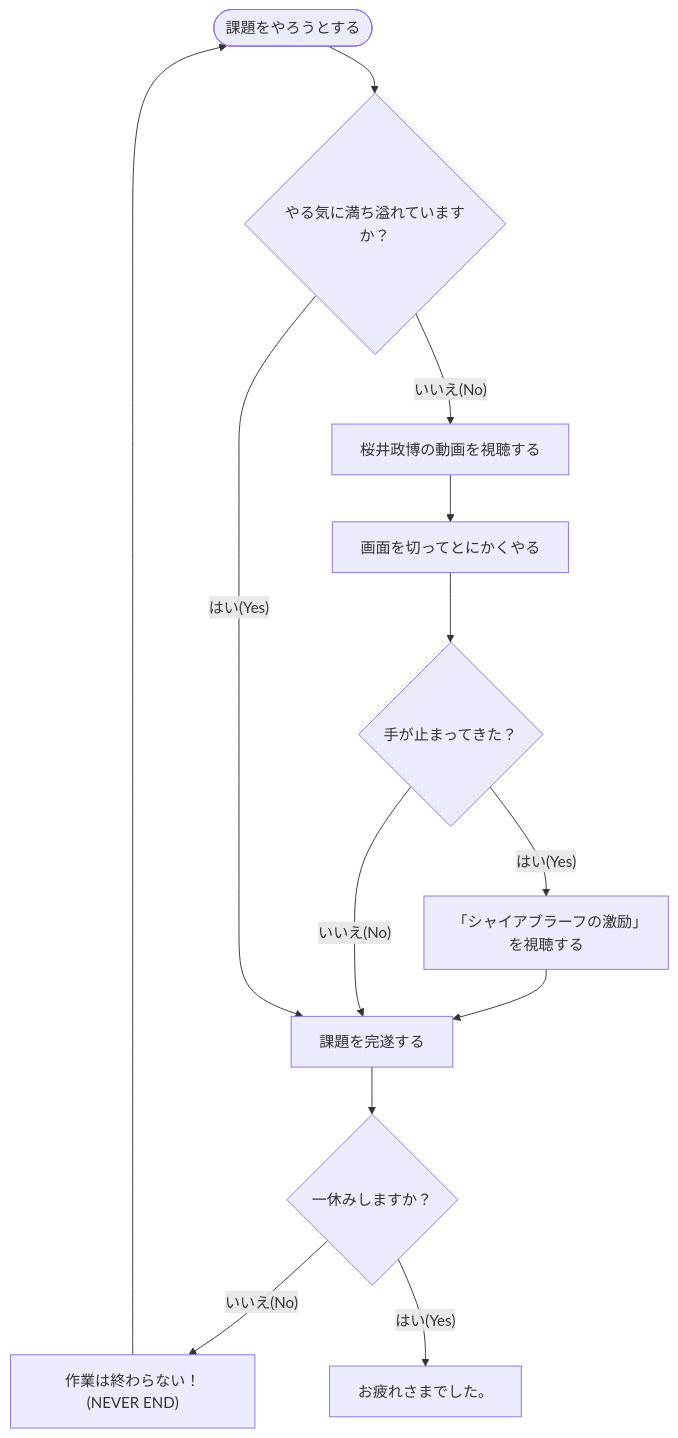
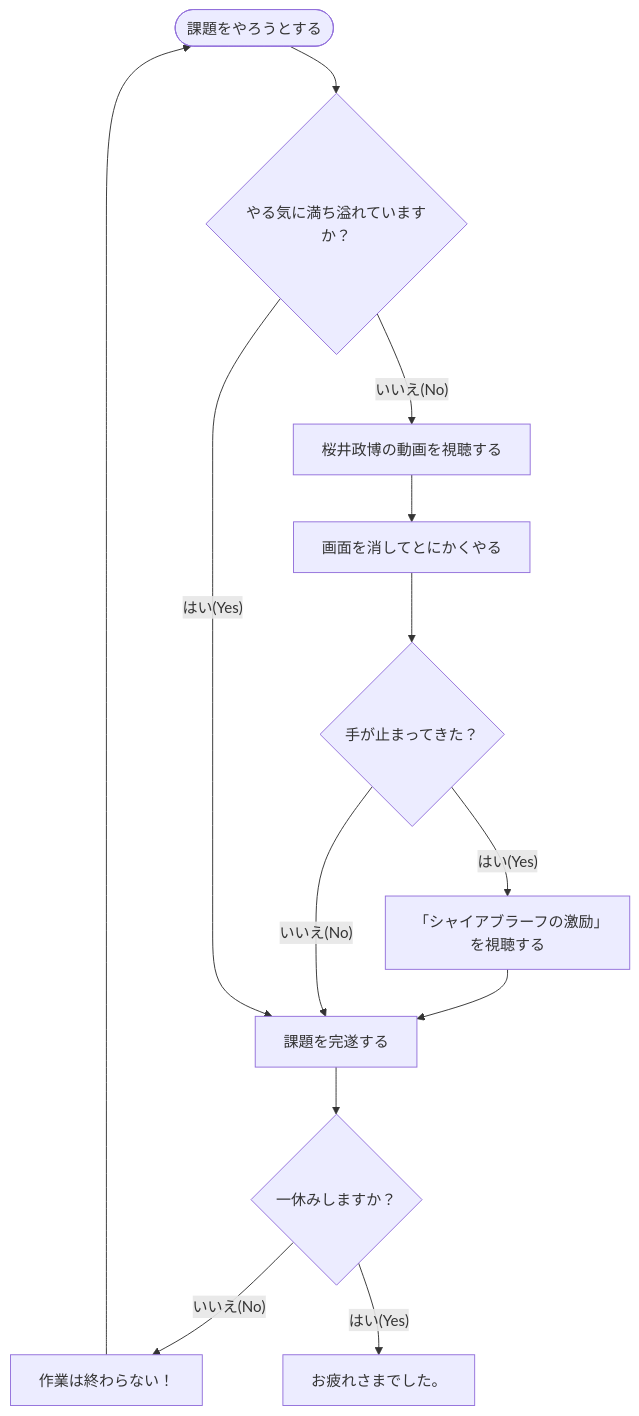
The first of 3 diagrams in README.md (tpu-game-2023/mermaid_test), drawn with Mermaid before and after one commit. The commit also changed other lines of this file, not shown here.

Commit message:
シーケンス図とクラス図の追加

````diff
--- a/README.md
+++ b/README.md
@@ -20,15 +20,15 @@
 ```mermaid
 flowchart TD;
   A(["課題をやろうとする"]) --> B{"やる気に満ち溢れていますか？"};
-  B{"やる気に満ち溢れていますか？"} -- "いいえ(No)" --> C["桜井政博の動画を視聴する"];
-  C["桜井政博の動画を視聴する"] --> D["画面を切ってとにかくやる"];
-  D["画面を切ってとにかくやる"] --> E{"手が止まってきた？"};
-  E{"手が止まってきた？"} -- "はい(Yes)" --> F["「シャイアブラーフの激励」を視聴する"]; 
-  F["「シャイアブラーフの激励」を視聴する"] --> G["課題を完遂する"];
+  B -- "いいえ(No)" --> C["桜井政博の動画を視聴する"];
+  C --> D["画面を消してとにかくやる"];
+  D --> E{"手が止まってきた？"};
+  E -- "はい(Yes)" --> F["「シャイアブラーフの激励」を視聴する"]; 
+  F --> G["課題を完遂する"];
   E -- "いいえ(No)" --> G;
   B -- "はい(Yes)" --> G;
   G --> H{"一休みしますか？"};
-  H -- "いいえ(No)" --> I["作業は終わらない！(NEVER END)"];
+  H -- "いいえ(No)" --> I["作業は終わらない！"];
   H -- "はい(Yes)" --> J["お疲れさまでした。"];
   I --> A;
 ```
````
